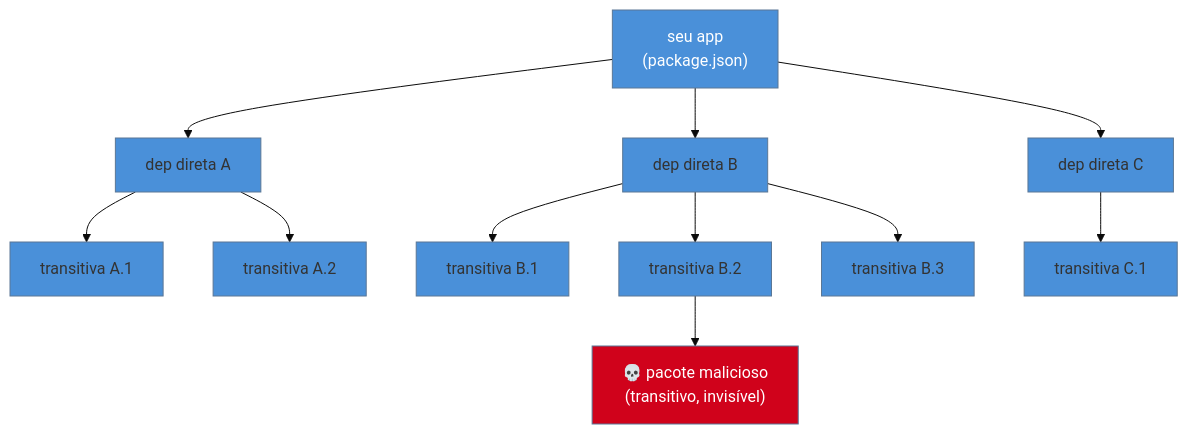
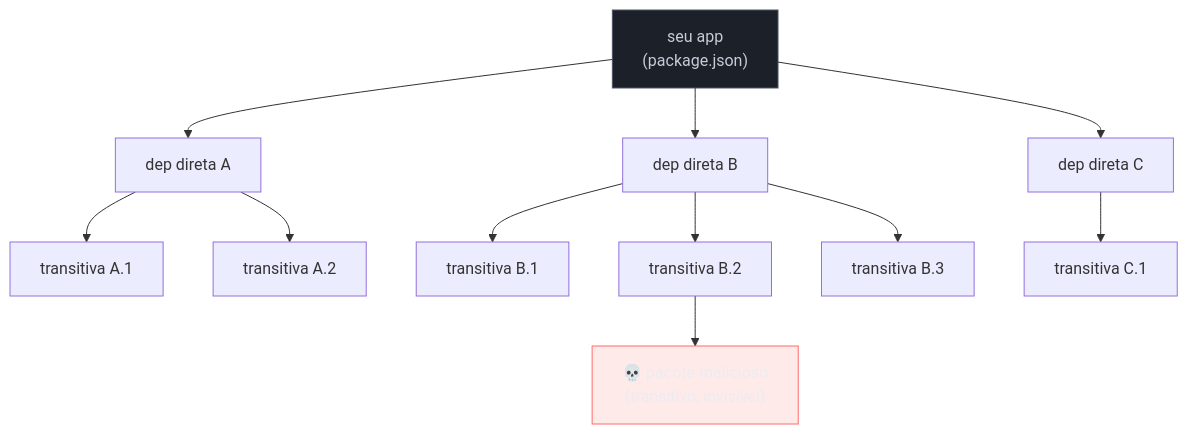
One commit to josenaldo/codex-technomanticus changed the first of 7 diagrams in 03-Dominios/Tecnologia/Tooling e Build/24 - Supply chain e segurança de dependências.md. Above: the diagram before and after it, drawn with Mermaid. The commit also changed other lines of this file and 1181 other files, not shown here.

First line of the commit message:
fix(diagramas): paleta do sistema no lugar de cor cravada no markdown

````diff
--- a/03-Dominios/Tecnologia/Tooling e Build/24 - Supply chain e segurança de dependências.md
+++ b/03-Dominios/Tecnologia/Tooling e Build/24 - Supply chain e segurança de dependências.md
@@ -35,33 +35,34 @@
 ```mermaid
-%%{init: {"theme": "base", "themeVariables": {"primaryColor": "#4A90D9", "edgeLabelBackground": "#fff"}}}%%
 graph TD
+    classDef falha fill:#FF6B6B24,stroke:#FF6B6B,color:#E9ECF2
+    classDef neutro fill:#1B2029,stroke:#4E5666,color:#C6CCD8
     APP["seu app\n(package.json)"]
 
     D1["dep direta A"]
     D2["dep direta B"]
     D3["dep direta C"]
 
     T1["transitiva A.1"]
     T2["transitiva A.2"]
     T3["transitiva B.1"]
     T4["transitiva B.2"]
     T5["transitiva B.3"]
     T6["transitiva C.1"]
 
     EVIL["💀 pacote malicioso\n(transitivo, invisível)"]
 
     APP --> D1
     APP --> D2
     APP --> D3
 
     D1 --> T1
     D1 --> T2
     D2 --> T3
     D2 --> T4
     D2 --> T5
     D3 --> T6
     T4 --> EVIL
 
-    style EVIL fill:#D0021B,color:#fff
-    style APP fill:#4A90D9,color:#fff
+    class EVIL falha
+    class APP neutro
 ```
````
